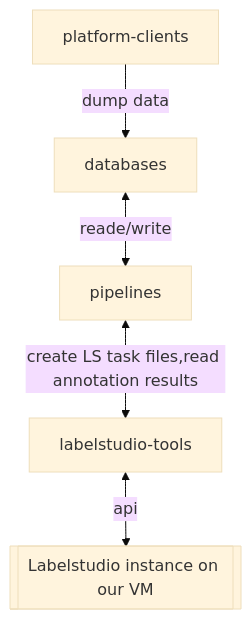
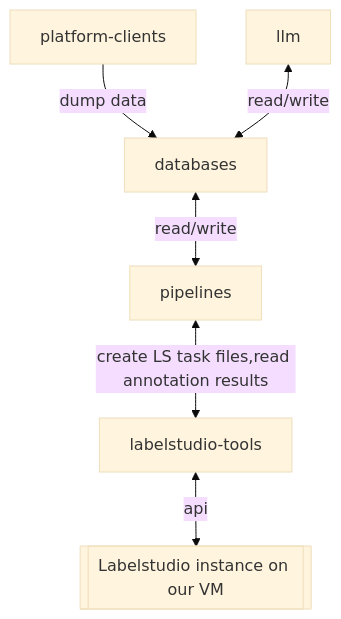
The diagram in README.md (ERC-BIG-5/documentation), drawn with Mermaid (base theme) before and after one commit.

````diff
--- a/README.md
+++ b/README.md
@@ -7,8 +7,9 @@
 ``` mermaid
 graph
 
 platform-clients -- dump data--> databases
-databases <-- reade/write --> pipelines
+databases <-- read/write --> pipelines
+llm <-- read/write --> databases
 pipelines <-- "create LS task files,read annotation results" --> labelstudio-tools
 labelstudio-tools <-- api --> Labelstudio[[Labelstudio instance on our VM]]
 ```
````
